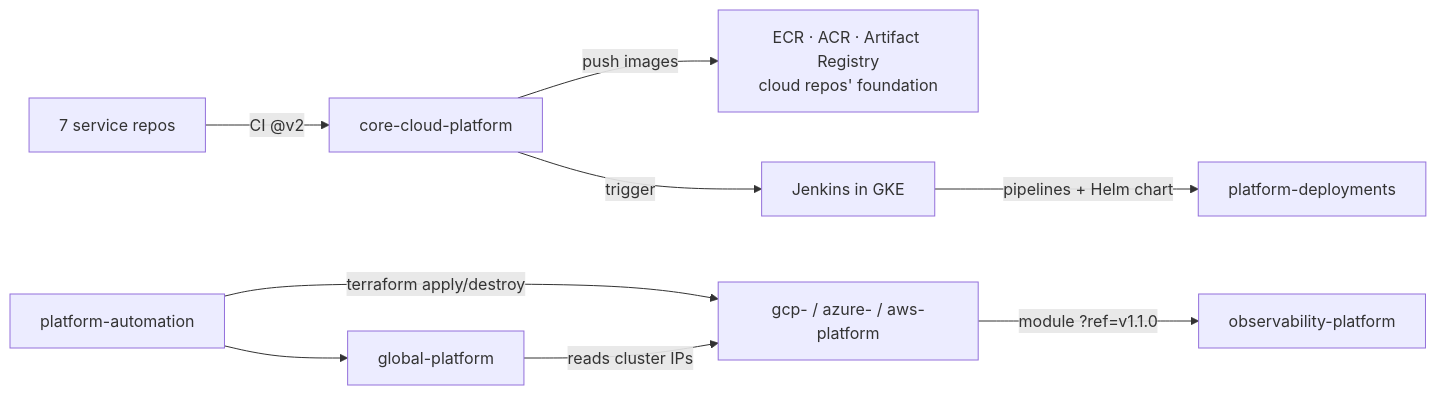
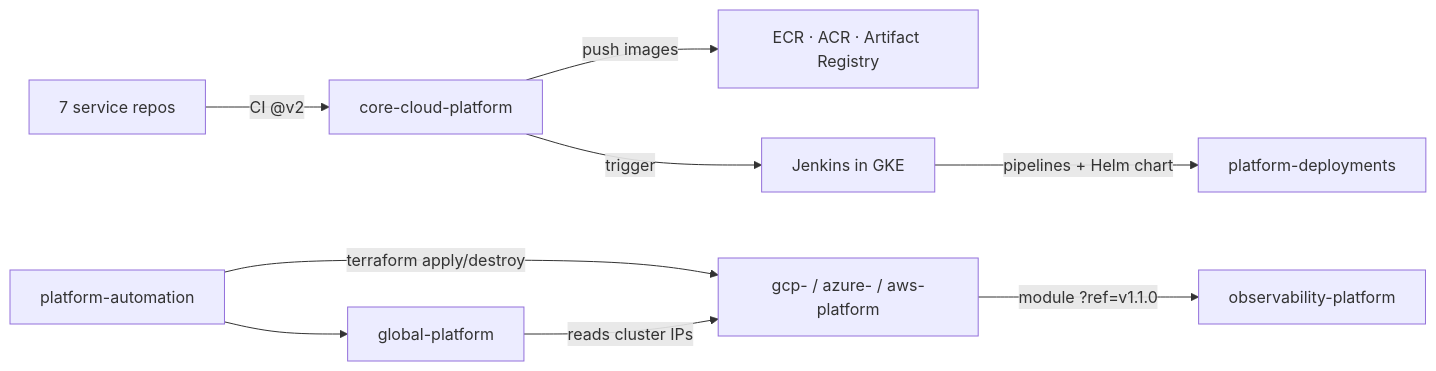
Before and after one commit to ppmcad16a-cloud-platform/.github: the second of 2 diagrams in profile/README.md, drawn with Mermaid. The commit also changed other lines of this file, not shown here.

````diff
--- a/profile/README.md
+++ b/profile/README.md
@@ -46,11 +50,11 @@
 ```mermaid
 flowchart LR
     SVC[7 service repos] -->|CI @v2| CORE[core-cloud-platform]
-    CORE -->|push images| REG[ECR · ACR · Artifact Registry<br/>cloud repos' foundation]
+    CORE -->|push images| REG[ECR · ACR · Artifact Registry]
     CORE -->|trigger| JK[Jenkins in GKE]
     JK -->|pipelines + Helm chart| PD[platform-deployments]
     AUTO[platform-automation] -->|terraform apply/destroy| CLOUD[gcp- / azure- / aws-platform]
     AUTO --> GLOBAL[global-platform]
     CLOUD -->|module ?ref=v1.1.0| OBS[observability-platform]
     GLOBAL -->|reads cluster IPs| CLOUD
 ```
````
